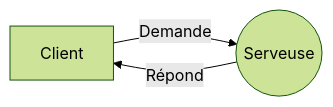
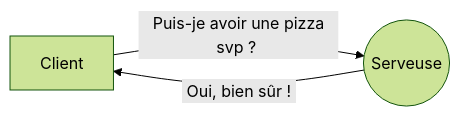
One commit to ZamBoyle/Eqla_HTML changed the first of 4 diagrams in README.md. Above: the diagram before and after it, drawn with Mermaid (forest theme). The commit also changed other lines of this file, not shown here.

````diff
--- a/README.md
+++ b/README.md
@@ -23,5 +26,5 @@
 ```mermaid
 graph LR
-A[Client] -- Demande --> B((Serveuse))
-B -- Répond --> A
+A[Client] -- &nbsp;Puis-je avoir une pizza svp ?&nbsp; --> B((Serveuse))
+B -- &nbsp;Oui, bien sûr !&nbsp;  --> A
 ```
````
